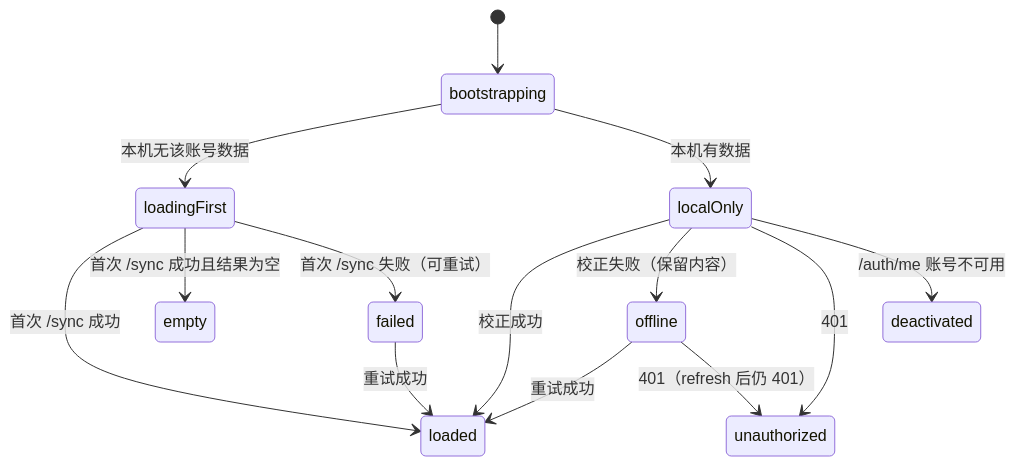
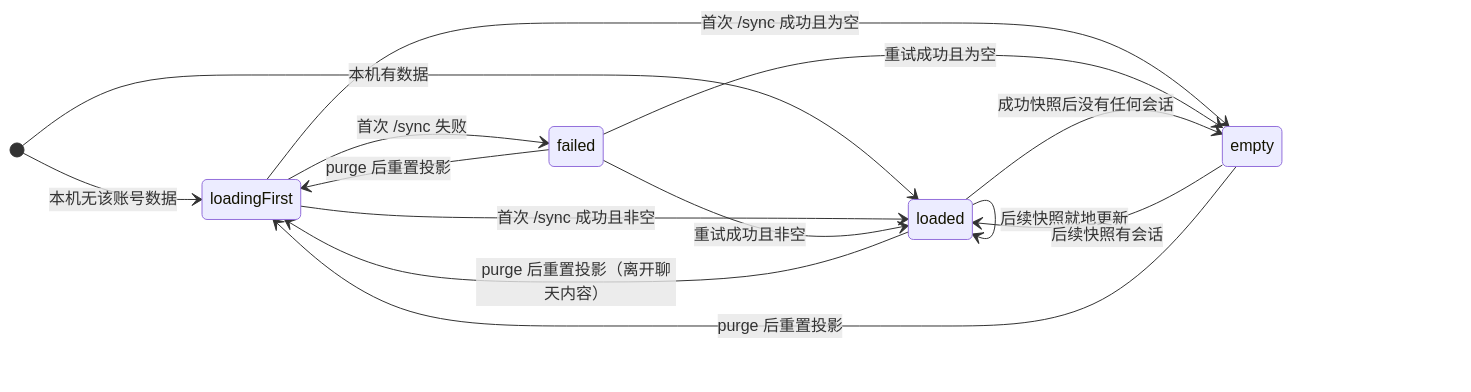
The second of 4 diagrams in docs/changes/feat-714-ios-local-chat-store/design.md (Mrchen116/nano-multiagent), drawn with Mermaid before and after one commit. The commit also changed other lines of this file and 2 other files, not shown here.

````diff
--- a/docs/changes/feat-714-ios-local-chat-store/design.md
+++ b/docs/changes/feat-714-ios-local-chat-store/design.md
@@ -142,16 +153,17 @@
 ```mermaid
 stateDiagram-v2
-    [*] --> bootstrapping
-    bootstrapping --> loadingFirst: 本机无该账号数据
-    bootstrapping --> localOnly: 本机有数据
-    loadingFirst --> loaded: 首次 /sync 成功
-    loadingFirst --> empty: 首次 /sync 成功且结果为空
-    loadingFirst --> failed: 首次 /sync 失败（可重试）
-    localOnly --> loaded: 校正成功
-    localOnly --> offline: 校正失败（保留内容）
-    offline --> loaded: 重试成功
-    failed --> loaded: 重试成功
-    offline --> unauthorized: 401（refresh 后仍 401）
-    localOnly --> unauthorized: 401
-    localOnly --> deactivated: /auth/me 账号不可用
+    direction LR
+    [*] --> loadingFirst: 本机无该账号数据
+    [*] --> loaded: 本机有数据
+    loadingFirst --> loaded: 首次 /sync 成功且非空
+    loadingFirst --> empty: 首次 /sync 成功且为空
+    loadingFirst --> failed: 首次 /sync 失败
+    failed --> loaded: 重试成功且非空
+    failed --> empty: 重试成功且为空
+    loaded --> loaded: 后续快照就地更新
+    loaded --> empty: 成功快照后没有任何会话
+    empty --> loaded: 后续快照有会话
+    loaded --> loadingFirst: purge 后重置投影（离开聊天内容）
+    empty --> loadingFirst: purge 后重置投影
+    failed --> loadingFirst: purge 后重置投影
 ```
````
